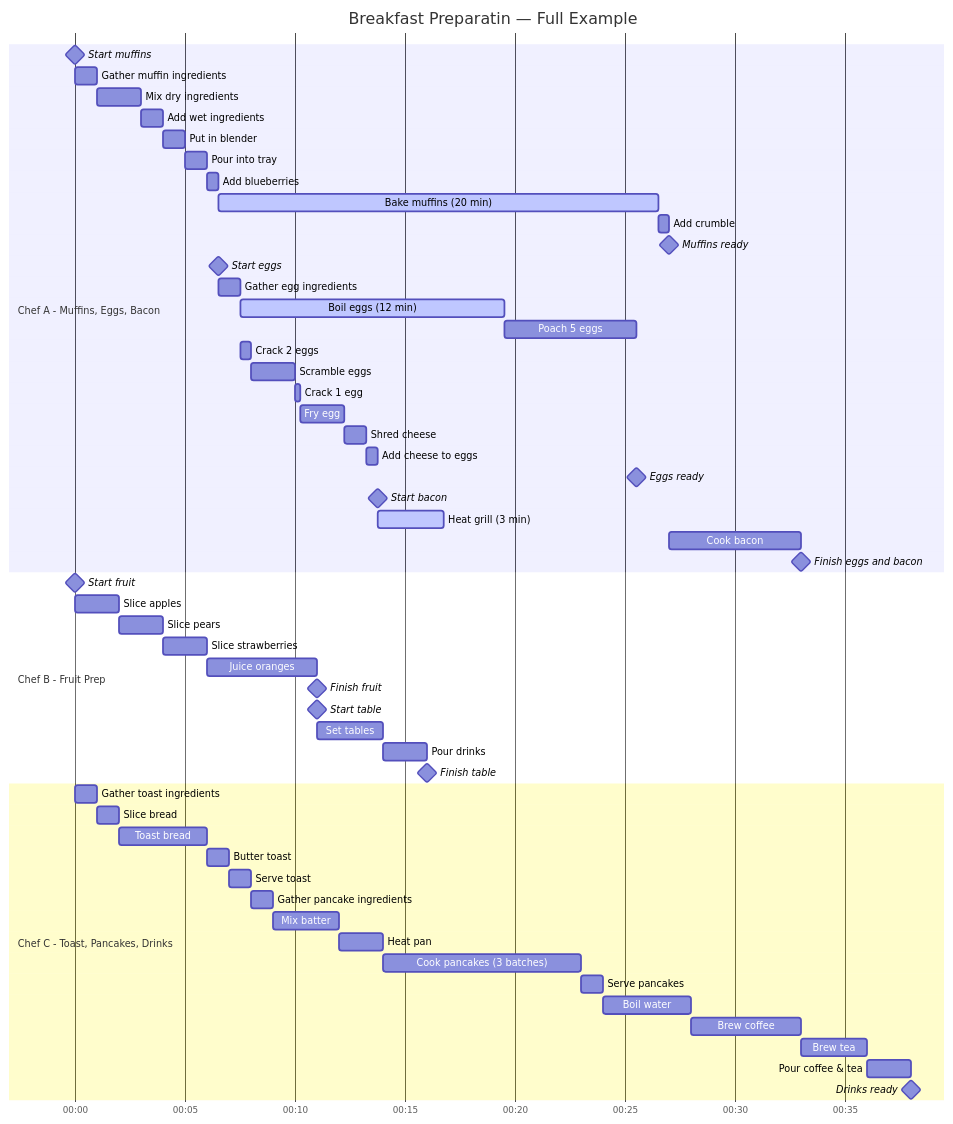
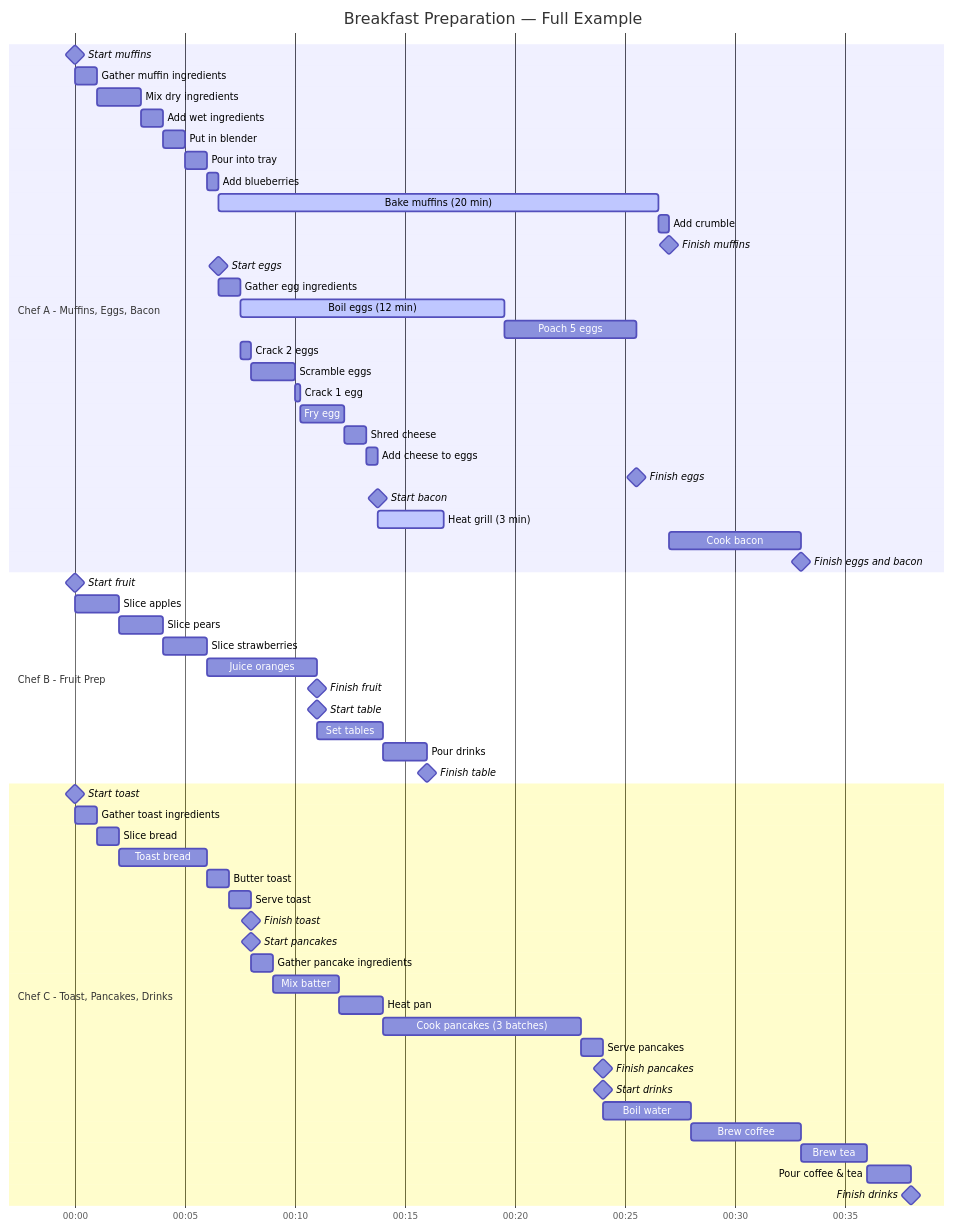
Before and after one commit to BYUHPC/sci-comp-course: the diagram in readings/concurrency-and-parallelism.md, drawn with Mermaid.

Commit message:
Standardize full example...
- Standardize whitespace alignment
- Add start/finish to every task
- Only declare start time once
- Fix spelling

````diff
--- a/readings/concurrency-and-parallelism.md
+++ b/readings/concurrency-and-parallelism.md
@@ -145,69 +145,74 @@
 ```mermaid
 gantt
-title Breakfast Preparatin — Full Example
+title Breakfast Preparation — Full Example
 dateFormat HH:mm
 axisFormat %H:%M
 tickInterval 5minute
 
 section Chef A - Muffins, Eggs, Bacon
 Start muffins              :milestone, a0, 00:00, 0
 Gather muffin ingredients  :a1, after a0, 1m
 Mix dry ingredients        :a2, after a1, 2m
 Add wet ingredients        :a3, after a2, 1m
 Put in blender             :a4, after a3, 1m
 Pour into tray             :a5, after a4, 1m
 Add blueberries            :a6, after a5, 30s
 Bake muffins (20 min)      :active, a9, after a6, 20m
 Add crumble                :a7, after a9, 30s
-Muffins ready              :milestone, a23, after a7, 0m
+Finish muffins             :milestone, a23, after a7, 0m
 
 Start eggs                 :milestone, a11, after a6, 0m
 Gather egg ingredients     :a10, after a11, 1m
-Boil eggs (12 min)        :active, a12, after a10, 12m
-Poach 5 eggs              :a20, after a12, 6m
-Crack 2 eggs              :a14, after a10, 30s
-Scramble eggs             :a15, after a14, 2m
-Crack 1 egg               :a16, after a15, 15s
-Fry egg                   :a17, after a16, 2m
-Shred cheese              :a18, after a17, 1m
-Add cheese to eggs        :a19, after a18, 30s
-Eggs ready                :milestone, a24, after a20, 0m
+Boil eggs (12 min)         :active, a12, after a10, 12m
+Poach 5 eggs               :a20, after a12, 6m
+Crack 2 eggs               :a14, after a10, 30s
+Scramble eggs              :a15, after a14, 2m
+Crack 1 egg                :a16, after a15, 15s
+Fry egg                    :a17, after a16, 2m
+Shred cheese               :a18, after a17, 1m
+Add cheese to eggs         :a19, after a18, 30s
+Finish eggs                :milestone, a24, after a20, 0m
 
-Start bacon               :milestone, a25, after a19, 0m
-Heat grill (3 min)        :active, a13, after a25, 3m
-Cook bacon                :a21, after a23, 6m
-Finish eggs and bacon     :milestone, a22, after a21, 0m
+Start bacon                :milestone, a25, after a19, 0m
+Heat grill (3 min)         :active, a13, after a25, 3m
+Cook bacon                 :a21, after a23, 6m
+Finish eggs and bacon      :milestone, a22, after a21, 0m
 
 
 section Chef B - Fruit Prep
-Start fruit               :milestone, b0, 00:00, 0m
-Slice apples              :b1, after b0, 2m
-Slice pears               :b2, after b1, 2m
-Slice strawberries        :b3, after b2, 2m
-Juice oranges             :b4, after b3, 5m
-Finish fruit              :milestone, b7, after b4, 0m
+Start fruit                :milestone, b0, 00:00, 0m
+Slice apples               :b1, after b0, 2m
+Slice pears                :b2, after b1, 2m
+Slice strawberries         :b3, after b2, 2m
+Juice oranges              :b4, after b3, 5m
+Finish fruit               :milestone, b7, after b4, 0m
 
-Start table               :milestone, b8, after b7, 0m
-Set tables                :b5, after b4, 3m
-Pour drinks               :b6, after b5, 2m
-Finish table              :milestone, b8, after b6, 0m
+Start table                :milestone, b8, after b7, 0m
+Set tables                 :b5, after b4, 3m
+Pour drinks                :b6, after b5, 2m
+Finish table               :milestone, b8, after b6, 0m
 
 section Chef C - Toast, Pancakes, Drinks
-Gather toast ingredients  :c1, 00:00, 1m
-Slice bread               :c2, after c1, 1m
-Toast bread               :c3, after c2, 4m
-Butter toast              :c4, after c3, 1m
-Serve toast               :c5, after c4, 1m
+Start toast                :milestone, c0, 00:00, 0m
+Gather toast ingredients   :c1, after c0, 1m
+Slice bread                :c2, after c1, 1m
+Toast bread                :c3, after c2, 4m
+Butter toast               :c4, after c3, 1m
+Serve toast                :c5, after c4, 1m
+Finish toast               :milestone, c16, after c5, 0m
 
-Gather pancake ingredients:c6, after c5, 1m
-Mix batter                :c7, after c6, 3m
-Heat pan                  :c8, after c7, 2m
-Cook pancakes (3 batches) :c9, after c8, 9m
-Serve pancakes            :c10, after c9, 1m
+Start pancakes             :milestone, c17, after c16, 0m
+Gather pancake ingredients :c6, after c17, 1m
+Mix batter                 :c7, after c6, 3m
+Heat pan                   :c8, after c7, 2m
+Cook pancakes (3 batches)  :c9, after c8, 9m
+Serve pancakes             :c10, after c9, 1m
+Finish pancakes            :milestone, c18, after c10, 0m
 
-Boil water                :c11, after c10, 4m
-Brew coffee               :c12, after c11, 5m
-Brew tea                  :c13, after c12, 3m
-Pour coffee & tea         :c14, after c13, 2m
-Drinks ready              :milestone, c15, after c14, 0m
+Start drinks               :milestone, c19, after c18, 0m
+Boil water                 :c11, after c10, 4m
+Brew coffee                :c12, after c11, 5m
+Brew tea                   :c13, after c12, 3m
+Pour coffee & tea          :c14, after c13, 2m
+Finish drinks              :milestone, c15, after c14, 0m
 ```
````
